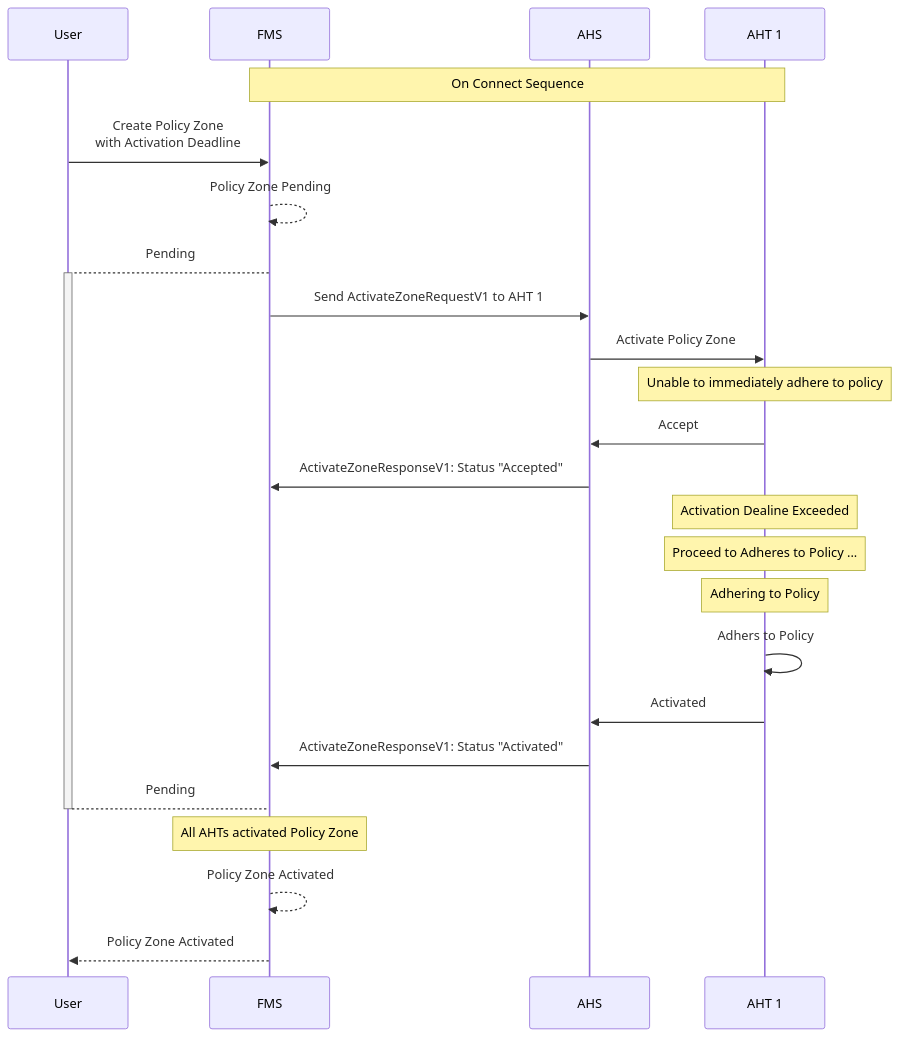
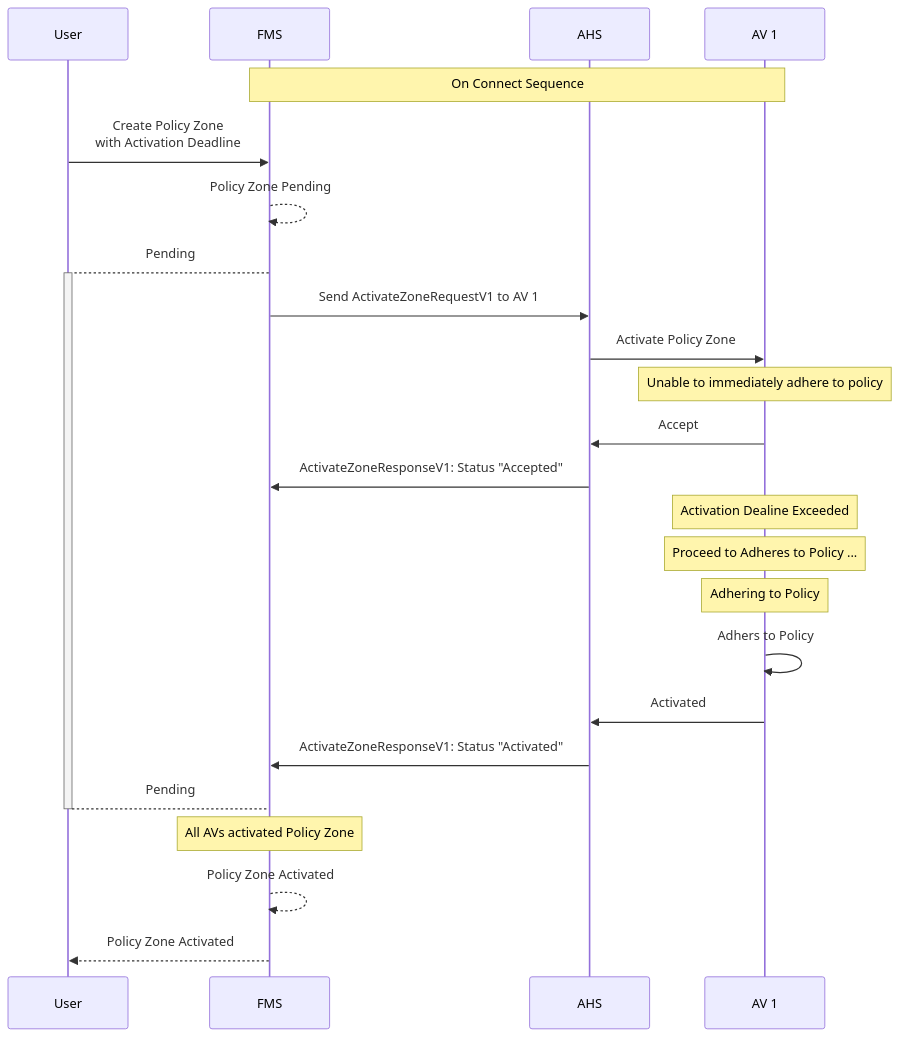
The second of 4 diagrams in diagram/PolicyZoneActivation.md (open-autonomy/zone), drawn with Mermaid before and after one commit. The commit also changed other lines of this file and 15 other files, not shown here.

````diff
--- a/diagram/PolicyZoneActivation.md
+++ b/diagram/PolicyZoneActivation.md
@@ -45,30 +45,30 @@
 ```mermaid
 sequenceDiagram
     participant User
     participant FMS
     participant AHS
-    participant AHT 1
+    participant AV 1
 
-    Note over FMS,AHT 1: On Connect Sequence
+    Note over FMS,AV 1: On Connect Sequence
     User->>FMS: Create Policy Zone <br/> with Activation Deadline
     FMS-->>FMS: Policy Zone Pending
     FMS-->+User: Pending
-    FMS->>AHS: Send ActivateZoneRequestV1 to AHT 1
-    AHS->>AHT 1: Activate Policy Zone
+    FMS->>AHS: Send ActivateZoneRequestV1 to AV 1
+    AHS->>AV 1: Activate Policy Zone
 
-    Note Over AHT 1: Unable to immediately adhere to policy
-    AHT 1->>AHS: Accept
+    Note Over AV 1: Unable to immediately adhere to policy
+    AV 1->>AHS: Accept
     AHS->>FMS: ActivateZoneResponseV1: Status "Accepted"
 
-    Note Over AHT 1: Activation Dealine Exceeded
-    Note Over AHT 1: Proceed to Adheres to Policy ...
-    Note Over AHT 1: Adhering to Policy
-    AHT 1->>AHT 1: Adhers to Policy
-    AHT 1->>AHS: Activated
+    Note Over AV 1: Activation Dealine Exceeded
+    Note Over AV 1: Proceed to Adheres to Policy ...
+    Note Over AV 1: Adhering to Policy
+    AV 1->>AV 1: Adhers to Policy
+    AV 1->>AHS: Activated
     
     AHS->>FMS: ActivateZoneResponseV1: Status "Activated"
     User-->-FMS: Pending
-    Note Over FMS: All AHTs activated Policy Zone
+    Note Over FMS: All AVs activated Policy Zone
     FMS-->>FMS: Policy Zone Activated
     FMS-->>User: Policy Zone Activated
 ```
````
